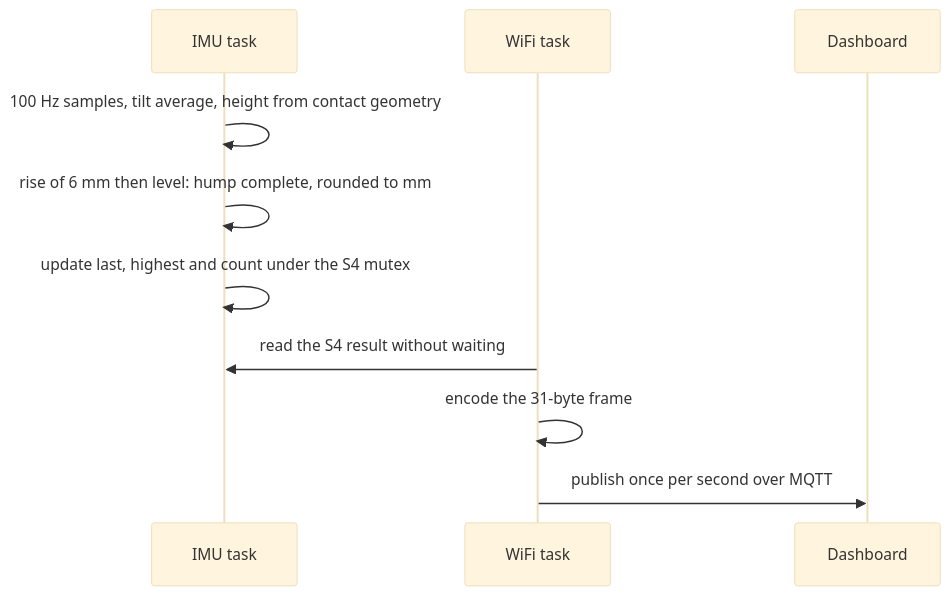
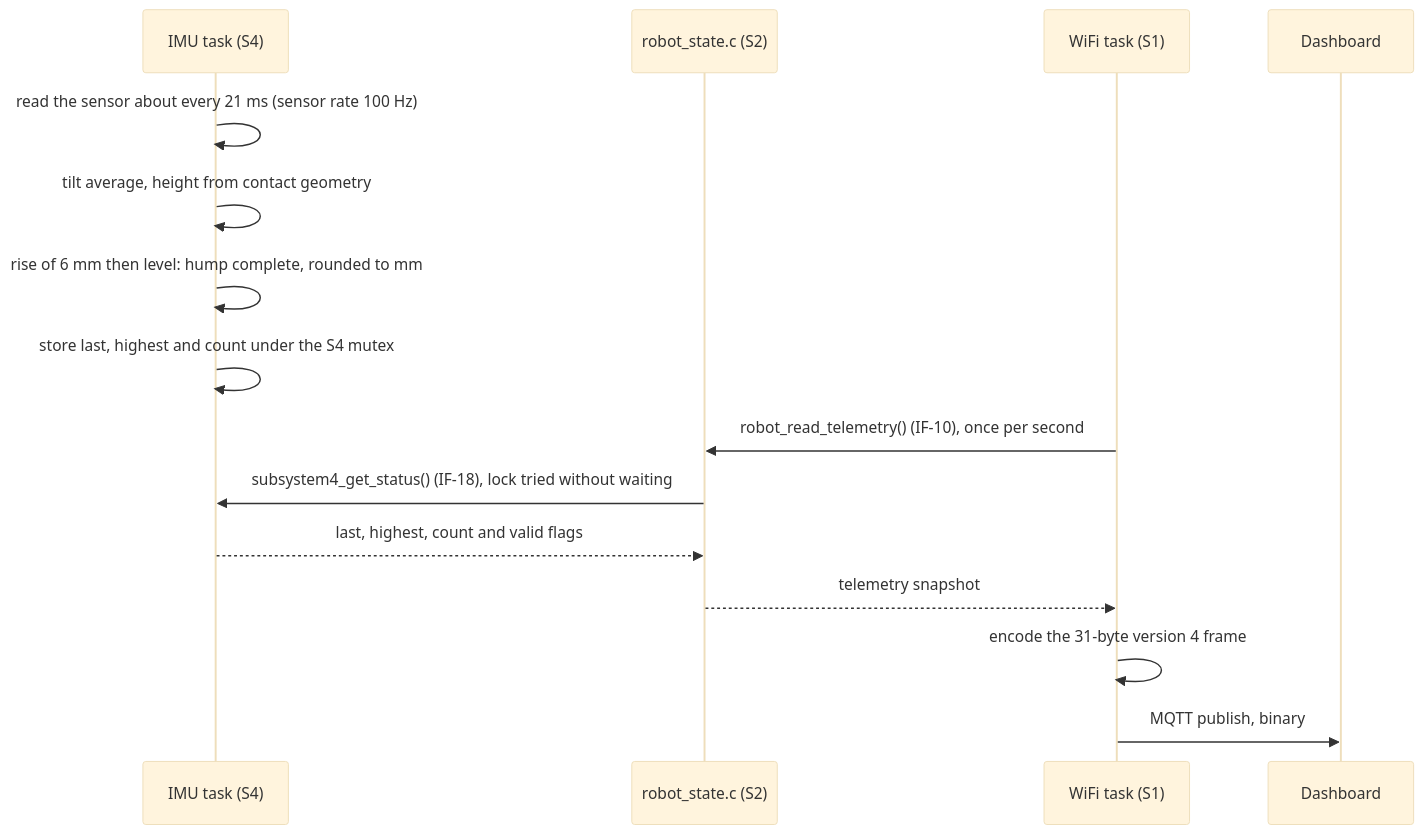
Before and after one commit to timothyckl/INF2004-P2-08-RobotCar: the seventh of 7 diagrams in docs/final_architecture.md, drawn with Mermaid (base theme). The commit also changed other lines of this file, not shown here.

First line of the commit message:
docs(architecture): separate message, flag, call and hardware arrows

````diff
--- a/docs/final_architecture.md
+++ b/docs/final_architecture.md
@@ -223,12 +279,17 @@
 ```mermaid
 sequenceDiagram
-  participant I as IMU task
-  participant W as WiFi task
+  participant I as IMU task (S4)
+  participant R as robot_state.c (S2)
+  participant W as WiFi task (S1)
   participant D as Dashboard
-  I->>I: 100 Hz samples, tilt average, height from contact geometry
+  I->>I: read the sensor about every 21 ms (sensor rate 100 Hz)
+  I->>I: tilt average, height from contact geometry
   I->>I: rise of 6 mm then level: hump complete, rounded to mm
-  I->>I: update last, highest and count under the S4 mutex
-  W->>I: read the S4 result without waiting
-  W->>W: encode the 31-byte frame
-  W->>D: publish once per second over MQTT
+  I->>I: store last, highest and count under the S4 mutex
+  W->>R: robot_read_telemetry() (IF-10), once per second
+  R->>I: subsystem4_get_status() (IF-18), lock tried without waiting
+  I-->>R: last, highest, count and valid flags
+  R-->>W: telemetry snapshot
+  W->>W: encode the 31-byte version 4 frame
+  W->>D: MQTT publish, binary
 ```
````
